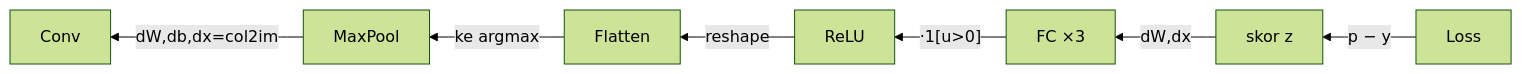
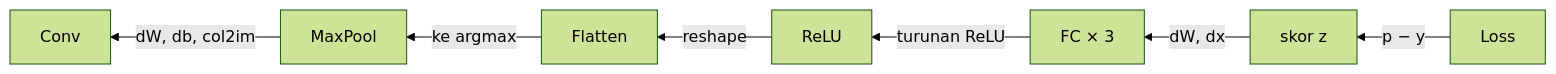
Before and after one commit to arisros/pothole-detection: the fourth of 5 diagrams in makalah/makalah-deteksi-jalan-berlubang-cnn.md, drawn with Mermaid (forest theme). The commit also changed other lines of this file and 4 other files, not shown here.

First line of the commit message:
Makalah: komponen kode↔diagram (responsif), perbesar & perbaiki diagram

````diff
--- a/makalah/makalah-deteksi-jalan-berlubang-cnn.md
+++ b/makalah/makalah-deteksi-jalan-berlubang-cnn.md
@@ -573,9 +573,9 @@
 ```mermaid
 flowchart RL
     P["Loss"] -->|"p − y"| Z["skor z"]
-    Z -->|"dW,dx"| F["FC ×3"]
-    F -->|"·1[u>0]"| R["ReLU"]
+    Z -->|"dW, dx"| F["FC × 3"]
+    F -->|"turunan ReLU"| R["ReLU"]
     R -->|"reshape"| FL["Flatten"]
     FL -->|"ke argmax"| PO["MaxPool"]
-    PO -->|"dW,db,dx=col2im"| CO["Conv"]
+    PO -->|"dW, db, col2im"| CO["Conv"]
 ```
````
